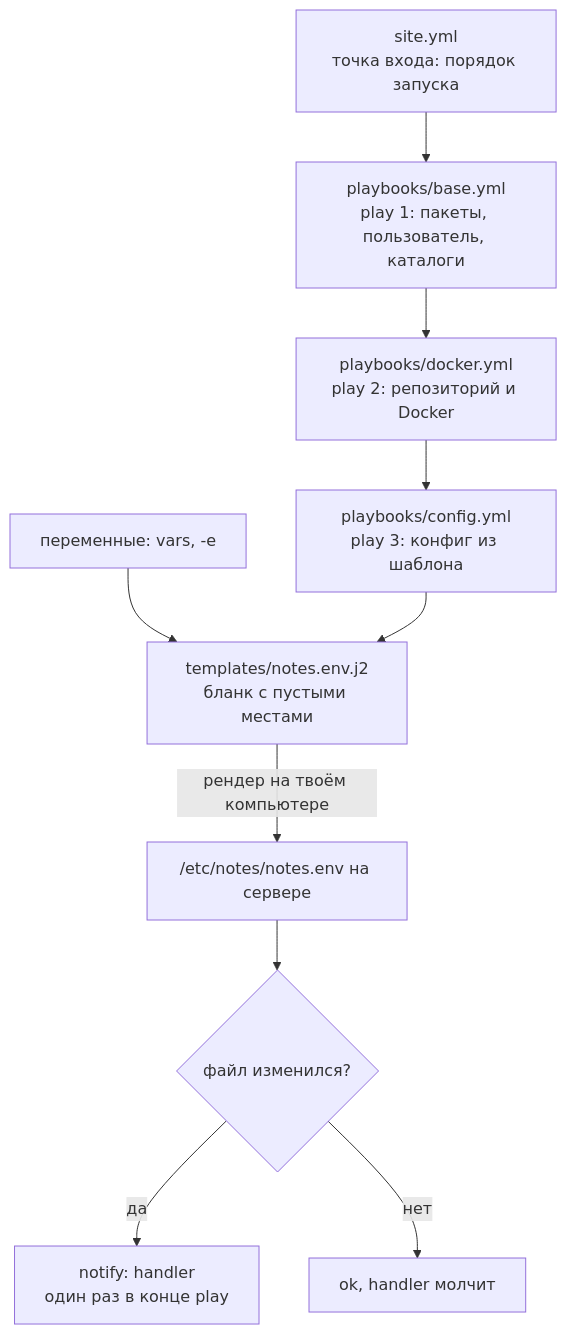
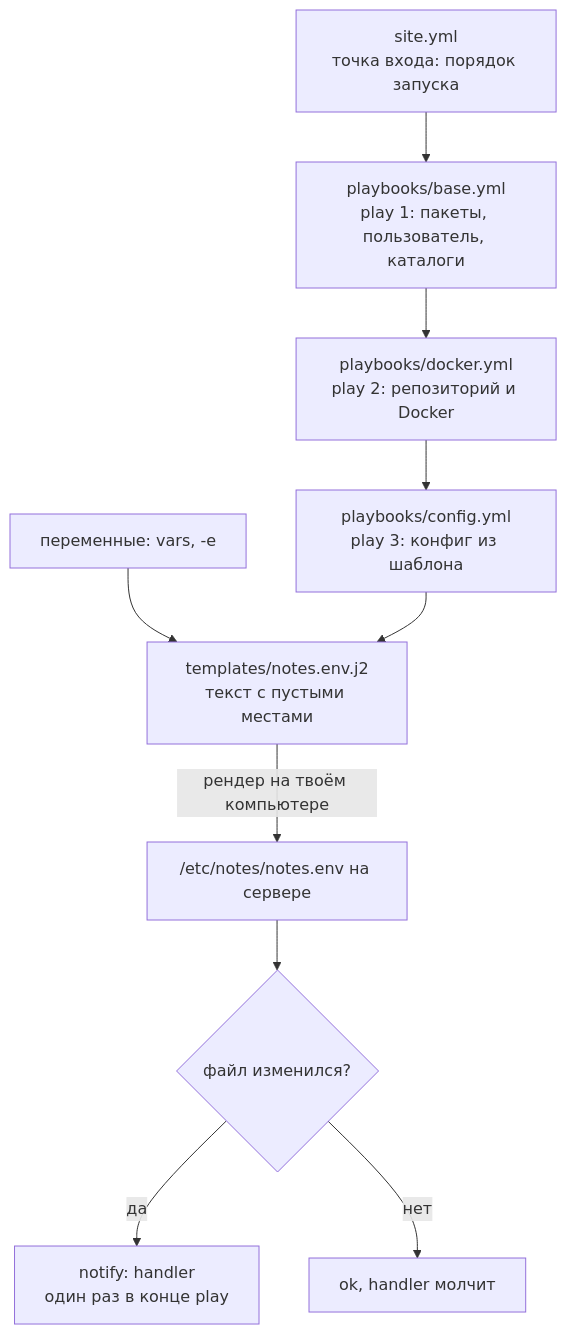
Before and after one commit to distinguished-sre/learning: the first of 4 diagrams in devops/07-iac/05-ansible-playbooks.md, drawn with Mermaid. The commit also changed other lines of this file and 462 other files, not shown here.

````diff
--- a/devops/07-iac/05-ansible-playbooks.md
+++ b/devops/07-iac/05-ansible-playbooks.md
@@ -49,12 +42,12 @@
 ```mermaid
 flowchart TD
     S["site.yml<br>точка входа: порядок запуска"] --> B["playbooks/base.yml<br>play 1: пакеты, пользователь, каталоги"]
     B --> D["playbooks/docker.yml<br>play 2: репозиторий и Docker"]
     D --> C["playbooks/config.yml<br>play 3: конфиг из шаблона"]
-    V["переменные: vars, -e"] --> T["templates/notes.env.j2<br>бланк с пустыми местами"]
+    V["переменные: vars, -e"] --> T["templates/notes.env.j2<br>текст с пустыми местами"]
     C --> T
     T -->|"рендер на твоём компьютере"| F["/etc/notes/notes.env на сервере"]
     F --> Q{"файл изменился?"}
     Q -->|"да"| H["notify: handler<br>один раз в конце play"]
     Q -->|"нет"| K["ok, handler молчит"]
 ```
````
